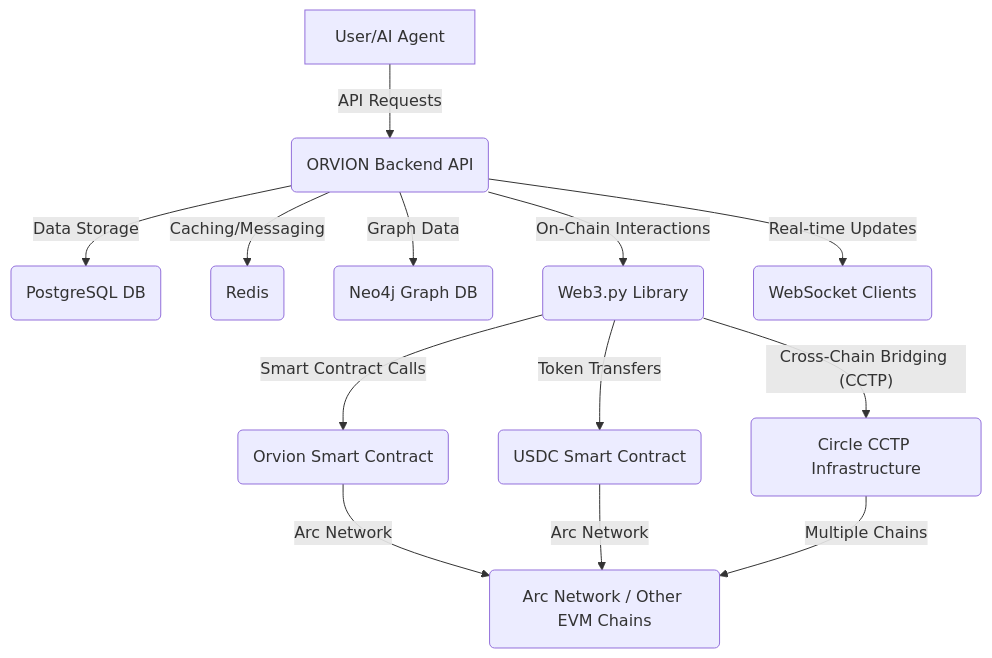
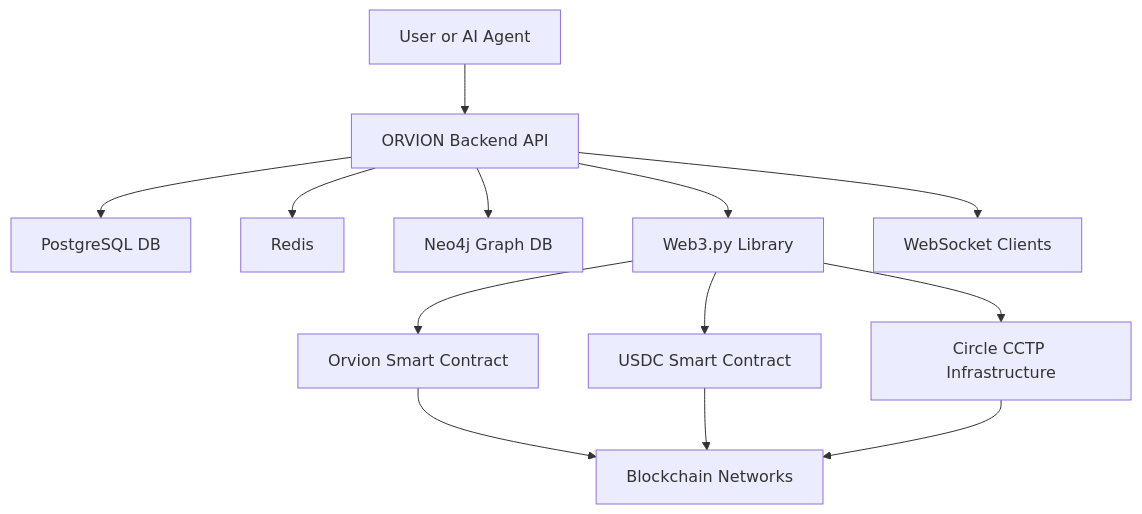
One commit to psycall/Pocket-Oracle-The-Phone-as-an-Agent-Marketplace changed the first of 2 diagrams in README.md. Above: the diagram before and after it, drawn with Mermaid. The commit also changed other lines of this file and 1 other file, not shown here.

Commit message:
Fix: Corrected Mermaid diagram syntax for GitHub rendering

````diff
--- a/README.md
+++ b/README.md
@@ -25,15 +25,27 @@
 ```mermaid
-graph TD
-    User[User/AI Agent] -- API Requests --> FastAPI(ORVION Backend API)
-    FastAPI -- Data Storage --> PostgreSQL(PostgreSQL DB)
-    FastAPI -- Caching/Messaging --> Redis(Redis)
-    FastAPI -- Graph Data --> Neo4j(Neo4j Graph DB)
-    FastAPI -- On-Chain Interactions --> Web3.py(Web3.py Library)
-    Web3.py -- Smart Contract Calls --> OrvionContract(Orvion Smart Contract)
-    Web3.py -- Token Transfers --> USDCContract(USDC Smart Contract)
-    Web3.py -- Cross-Chain Bridging (CCTP) --> CircleCCTP(Circle CCTP Infrastructure)
-    OrvionContract -- Arc Network --> Blockchain(Arc Network / Other EVM Chains)
-    USDCContract -- Arc Network --> Blockchain
-    CircleCCTP -- Multiple Chains --> Blockchain
-    FastAPI -- Real-time Updates --> WebSockets(WebSocket Clients)
+flowchart TD
+    User --> FastAPI
+    FastAPI --> PostgreSQL
+    FastAPI --> Redis
+    FastAPI --> Neo4j
+    FastAPI --> Web3
+    Web3 --> OrvionContract
+    Web3 --> USDCContract
+    Web3 --> CircleCCTP
+    OrvionContract --> Blockchain
+    USDCContract --> Blockchain
+    CircleCCTP --> Blockchain
+    FastAPI --> WebSockets
+
+    User[User or AI Agent]
+    FastAPI[ORVION Backend API]
+    PostgreSQL[PostgreSQL DB]
+    Redis[Redis]
+    Neo4j[Neo4j Graph DB]
+    Web3[Web3.py Library]
+    OrvionContract[Orvion Smart Contract]
+    USDCContract[USDC Smart Contract]
+    CircleCCTP[Circle CCTP Infrastructure]
+    Blockchain[Blockchain Networks]
+    WebSockets[WebSocket Clients]
 ```
````
